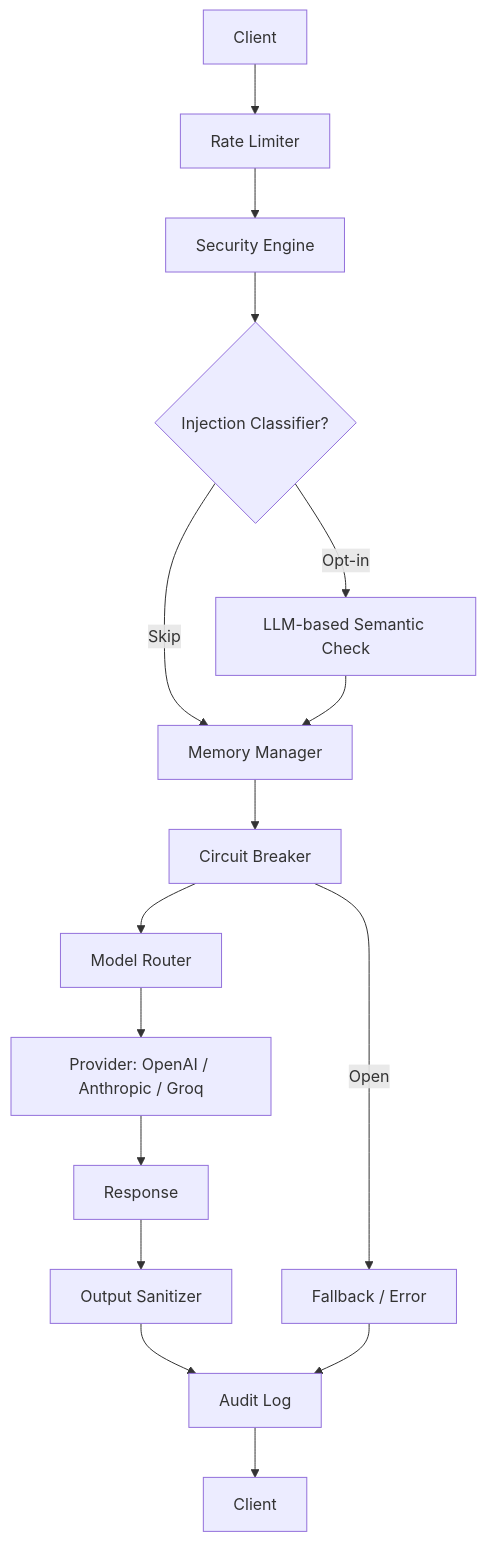
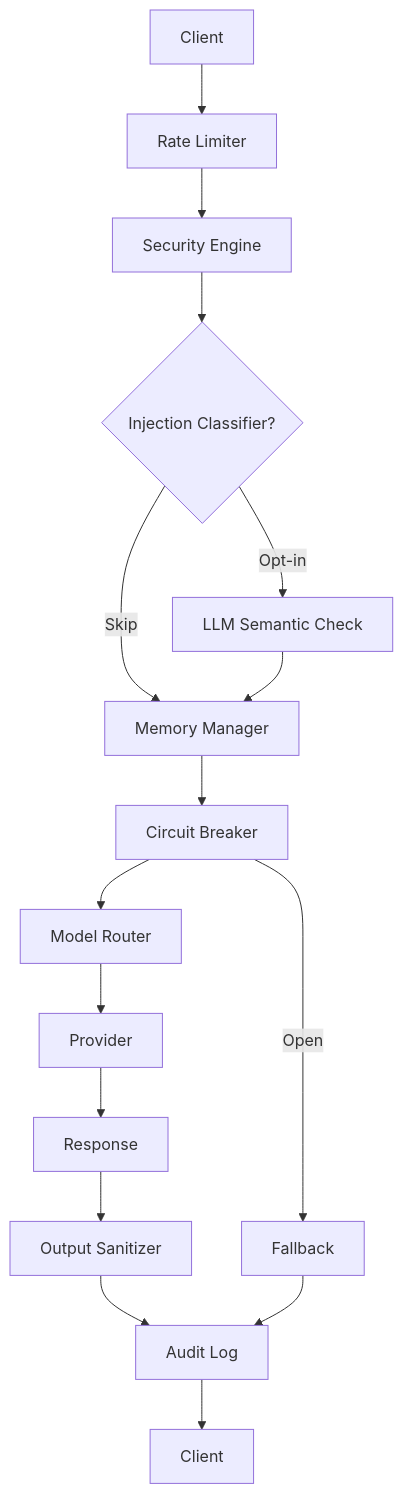
Before and after one commit to sh0-dax/Brompt: the diagram in README.md, drawn with Mermaid.

Commit message:
fix mermaid diagram: remove special chars from labels, use pipe syntax for edge labels

````diff
--- a/README.md
+++ b/README.md
@@ -76,18 +76,18 @@
 ```mermaid
 graph TD
     A[Client] --> B[Rate Limiter]
     B --> C[Security Engine]
     C --> D{Injection Classifier?}
-    D -- Opt-in --> E[LLM-based Semantic Check]
-    D -- Skip --> F[Memory Manager]
+    D -->|Opt-in| E[LLM Semantic Check]
+    D -->|Skip| F[Memory Manager]
     E --> F
     F --> G[Circuit Breaker]
     G --> H[Model Router]
-    H --> I[Provider: OpenAI / Anthropic / Groq]
+    H --> I[Provider]
     I --> J[Response]
     J --> K[Output Sanitizer]
     K --> L[Audit Log]
     L --> M[Client]
-    G -- Open --> N[Fallback / Error]
+    G -->|Open| N[Fallback]
     N --> L
 ```
````
